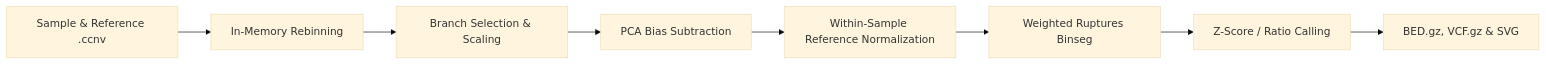
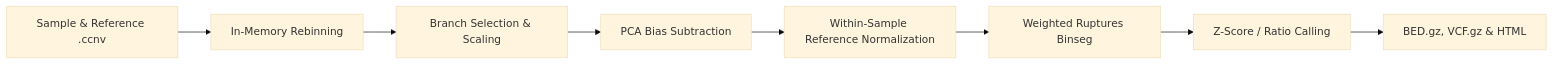
Before and after one commit to matthdsm/ccnv: the third of 3 diagrams in docs/cli.md, drawn with Mermaid (base theme). The commit also changed other lines of this file and 22 other files, not shown here.

First line of the commit message:
Replace static svg interactive HTML plot (#7)

````diff
--- a/docs/cli.md
+++ b/docs/cli.md
@@ -125,10 +126,10 @@
 ```mermaid
 flowchart LR
     A["Sample & Reference .ccnv"] --> B["In-Memory Rebinning"]
     B --> C["Branch Selection & Scaling"]
     C --> D["PCA Bias Subtraction"]
     D --> E["Within-Sample Reference Normalization"]
     E --> F["Weighted Ruptures Binseg"]
     F --> G["Z-Score / Ratio Calling"]
-    G --> H["BED.gz, VCF.gz & SVG"]
+    G --> H["BED.gz, VCF.gz & HTML"]
 ```
````
